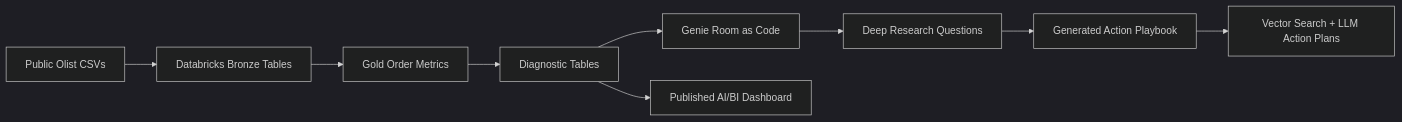
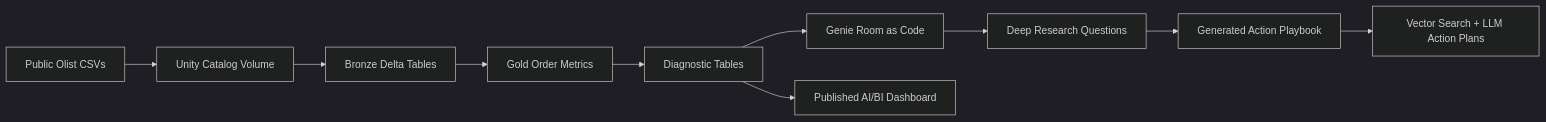
One commit to soulipaco/databricks-genie-deployment-kit changed the diagram in examples/olist_ecommerce/README.md. Above: the diagram before and after it, drawn with Mermaid (dark theme). The commit also changed other lines of this file and 4 other files, not shown here.

````diff
--- a/examples/olist_ecommerce/README.md
+++ b/examples/olist_ecommerce/README.md
@@ -30,11 +29,12 @@
 ```mermaid
 flowchart LR
-    A["Public Olist CSVs"] --> B["Databricks Bronze Tables"]
-    B --> C["Gold Order Metrics"]
-    C --> D["Diagnostic Tables"]
-    D --> E["Genie Room as Code"]
-    D --> F["Published AI/BI Dashboard"]
-    E --> G["Deep Research Questions"]
-    G --> H["Generated Action Playbook"]
-    H --> I["Vector Search + LLM Action Plans"]
+    A["Public Olist CSVs"] --> B["Unity Catalog Volume"]
+    B --> C["Bronze Delta Tables"]
+    C --> D["Gold Order Metrics"]
+    D --> E["Diagnostic Tables"]
+    E --> F["Genie Room as Code"]
+    E --> G["Published AI/BI Dashboard"]
+    F --> H["Deep Research Questions"]
+    H --> I["Generated Action Playbook"]
+    I --> J["Vector Search + LLM Action Plans"]
 ```
````
